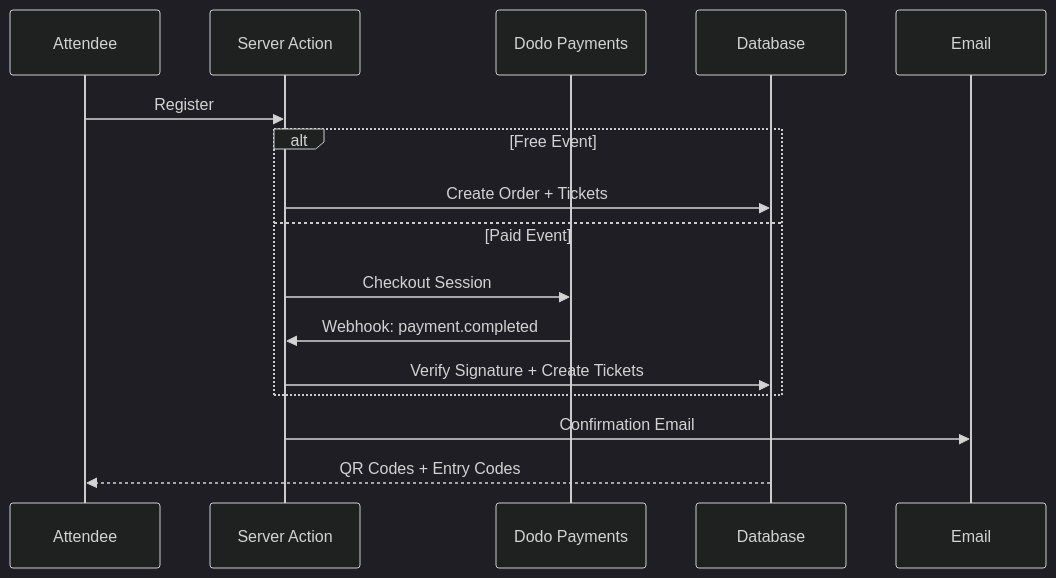
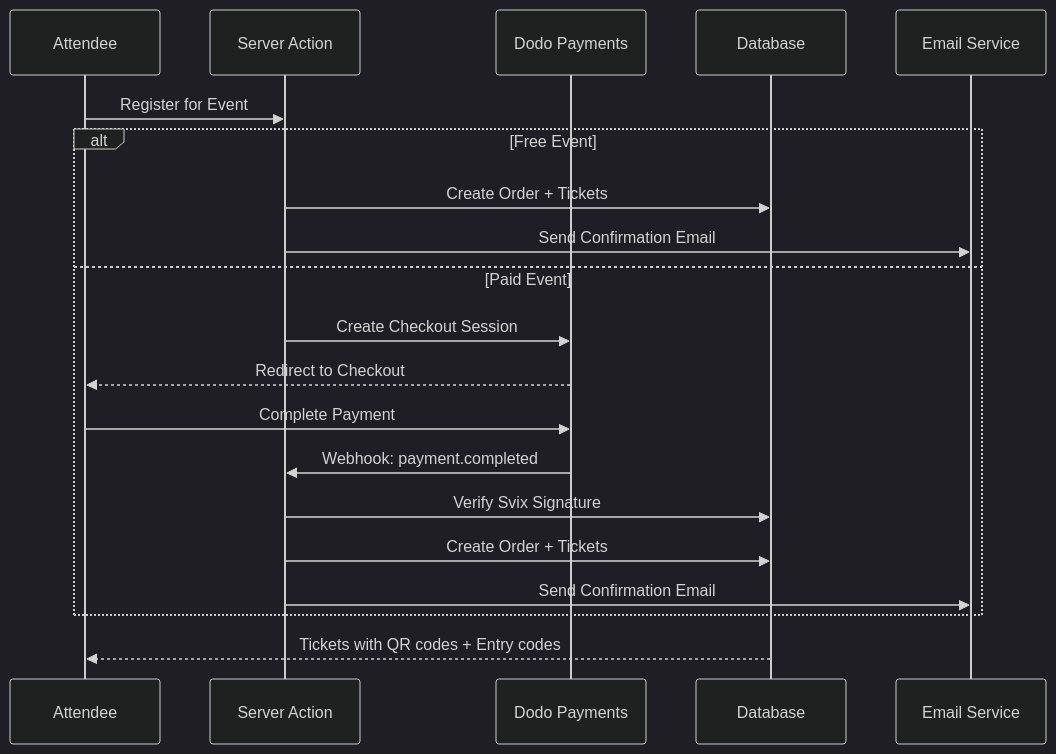
One commit to ArrinPaul/Eventra changed the fourth of 8 diagrams in README.md. Above: the diagram before and after it, drawn with Mermaid (dark theme). The commit also changed other lines of this file and 1 other file, not shown here.

````diff
--- a/README.md
+++ b/README.md
@@ -143,19 +321,23 @@
 ```mermaid
 sequenceDiagram
     participant U as Attendee
     participant SA as Server Action
     participant P as Dodo Payments
     participant DB as Database
-    participant E as Email
+    participant E as Email Service
 
-    U->>SA: Register
+    U->>SA: Register for Event
     alt Free Event
         SA->>DB: Create Order + Tickets
+        SA->>E: Send Confirmation Email
     else Paid Event
-        SA->>P: Checkout Session
+        SA->>P: Create Checkout Session
+        P-->>U: Redirect to Checkout
+        U->>P: Complete Payment
         P->>SA: Webhook: payment.completed
-        SA->>DB: Verify Signature + Create Tickets
+        SA->>DB: Verify Svix Signature
+        SA->>DB: Create Order + Tickets
+        SA->>E: Send Confirmation Email
     end
-    SA->>E: Confirmation Email
-    DB-->>U: QR Codes + Entry Codes
+    DB-->>U: Tickets with QR codes + Entry codes
 ```
````
